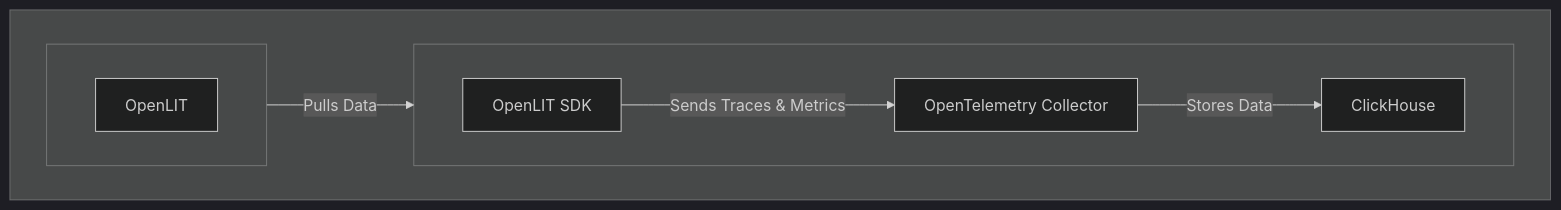
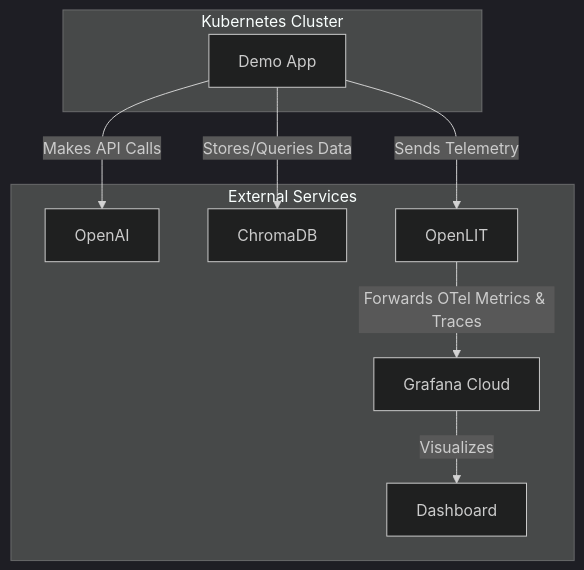
Before and after one commit to openlit/openlit: the diagram in README.md, drawn with Mermaid (dark theme). The commit also changed other lines of this file, not shown here.

````diff
--- a/README.md
+++ b/README.md
@@ -50,15 +7,20 @@
 ```mermaid
-flowchart TB;
-    subgraph " "
-        direction LR;
-        subgraph " "
-            direction LR;
-            OpenLIT_SDK[OpenLIT SDK] -->|Sends Traces & Metrics| OTC[OpenTelemetry Collector];
-            OTC -->|Stores Data| ClickHouseDB[ClickHouse];
-        end
-        subgraph " "
-            direction RL;
-            OpenLIT_UI[OpenLIT] -->|Pulls Data| ClickHouseDB;
-        end
+graph TD
+    A[Demo App] -->|Makes API Calls| B[OpenAI]
+    A -->|Stores/Queries Data| C[ChromaDB]
+    A -->|Sends Telemetry| D[OpenLIT]
+    D -->|Forwards OTel Metrics & Traces| E[Grafana Cloud]
+    E -->|Visualizes| F[Dashboard]
+
+    subgraph "Kubernetes Cluster"
+        A
+    end
+
+    subgraph "External Services"
+        B
+        C
+        D
+        E
+        F
     end
 ```
````
